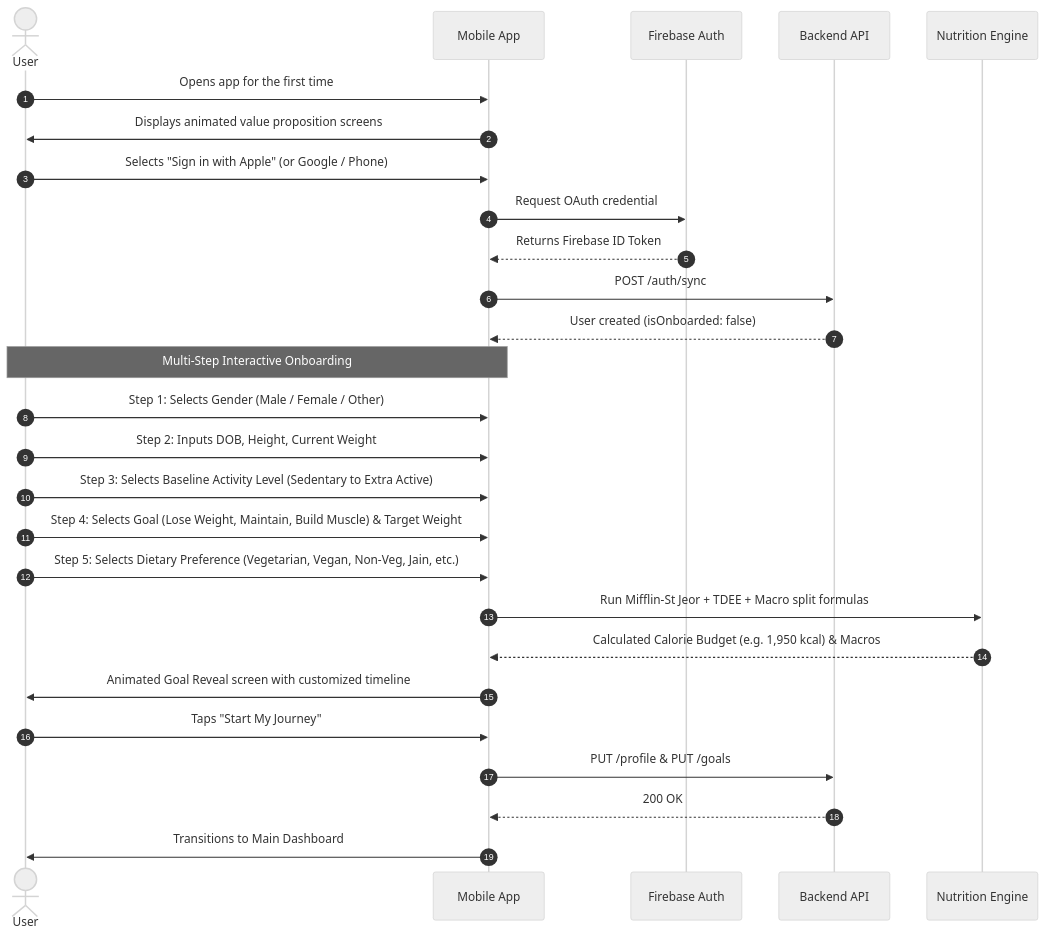
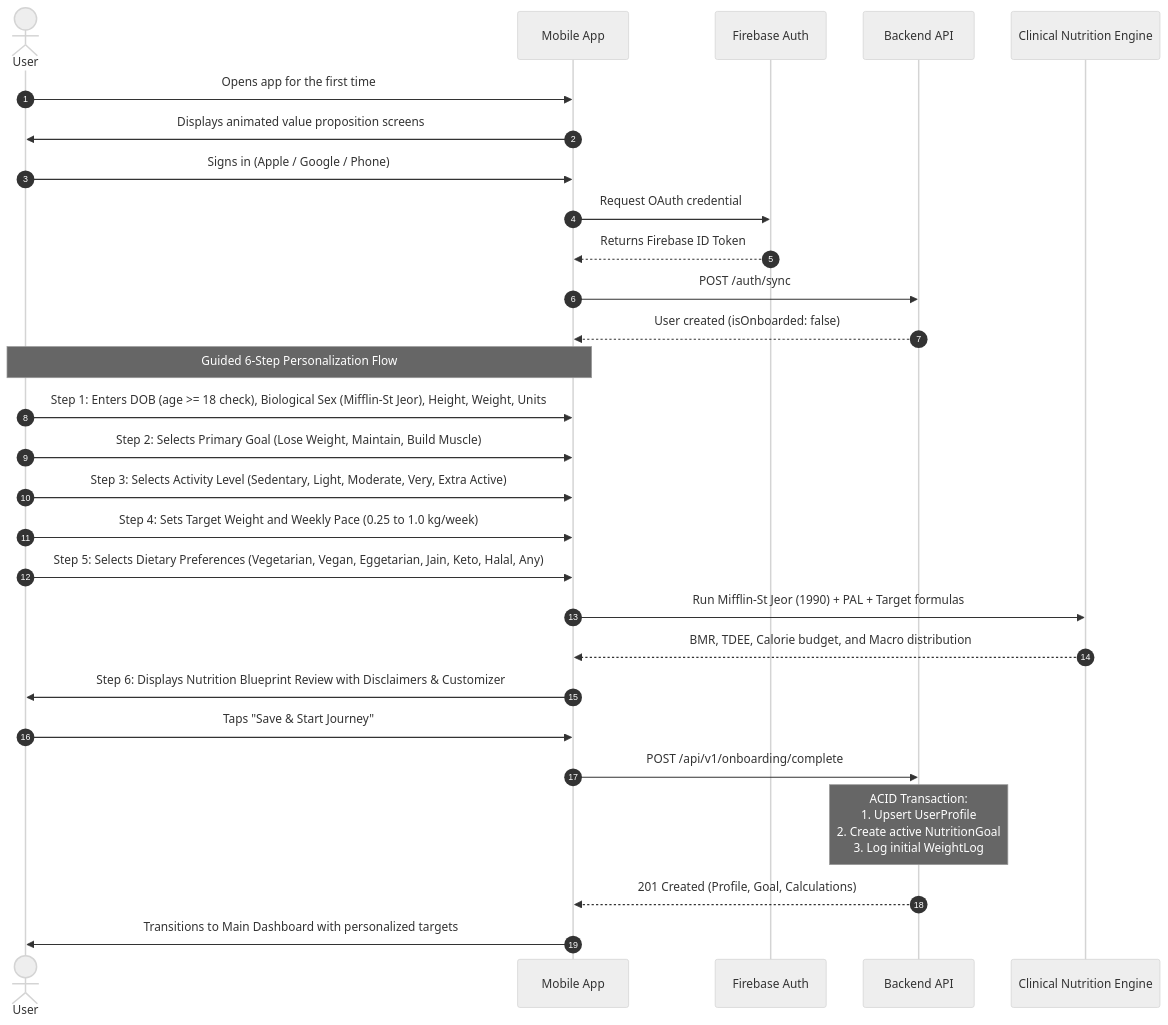
Before and after one commit to badal484/CAL-METER: the second of 7 diagrams in docs/USER_FLOWS.md, drawn with Mermaid (neutral theme). The commit also changed other lines of this file and 30 other files, not shown here.

````diff
--- a/docs/USER_FLOWS.md
+++ b/docs/USER_FLOWS.md
@@ -26,32 +26,33 @@
 ```mermaid
 sequenceDiagram
     autonumber
     actor User as User
     participant App as Mobile App
     participant Auth as Firebase Auth
     participant API as Backend API
-    participant Engine as Nutrition Engine
+    participant Engine as Clinical Nutrition Engine
 
     User->>App: Opens app for the first time
     App->>User: Displays animated value proposition screens
-    User->>App: Selects "Sign in with Apple" (or Google / Phone)
+    User->>App: Signs in (Apple / Google / Phone)
     App->>Auth: Request OAuth credential
     Auth-->>App: Returns Firebase ID Token
     App->>API: POST /auth/sync
     API-->>App: User created (isOnboarded: false)
 
-    Note over User,App: Multi-Step Interactive Onboarding
-    User->>App: Step 1: Selects Gender (Male / Female / Other)
-    User->>App: Step 2: Inputs DOB, Height, Current Weight
-    User->>App: Step 3: Selects Baseline Activity Level (Sedentary to Extra Active)
-    User->>App: Step 4: Selects Goal (Lose Weight, Maintain, Build Muscle) & Target Weight
-    User->>App: Step 5: Selects Dietary Preference (Vegetarian, Vegan, Non-Veg, Jain, etc.)
+    Note over User,App: Guided 6-Step Personalization Flow
+    User->>App: Step 1: Enters DOB (age >= 18 check), Biological Sex (Mifflin-St Jeor), Height, Weight, Units
+    User->>App: Step 2: Selects Primary Goal (Lose Weight, Maintain, Build Muscle)
+    User->>App: Step 3: Selects Activity Level (Sedentary, Light, Moderate, Very, Extra Active)
+    User->>App: Step 4: Sets Target Weight and Weekly Pace (0.25 to 1.0 kg/week)
+    User->>App: Step 5: Selects Dietary Preferences (Vegetarian, Vegan, Eggetarian, Jain, Keto, Halal, Any)
 
-    App->>Engine: Run Mifflin-St Jeor + TDEE + Macro split formulas
-    Engine-->>App: Calculated Calorie Budget (e.g. 1,950 kcal) & Macros
-    App->>User: Animated Goal Reveal screen with customized timeline
-    User->>App: Taps "Start My Journey"
-    App->>API: PUT /profile & PUT /goals
-    API-->>App: 200 OK
-    App->>User: Transitions to Main Dashboard
+    App->>Engine: Run Mifflin-St Jeor (1990) + PAL + Target formulas
+    Engine-->>App: BMR, TDEE, Calorie budget, and Macro distribution
+    App->>User: Step 6: Displays Nutrition Blueprint Review with Disclaimers & Customizer
+    User->>App: Taps "Save & Start Journey"
+    App->>API: POST /api/v1/onboarding/complete
+    Note over API: ACID Transaction:<br/>1. Upsert UserProfile<br/>2. Create active NutritionGoal<br/>3. Log initial WeightLog
+    API-->>App: 201 Created (Profile, Goal, Calculations)
+    App->>User: Transitions to Main Dashboard with personalized targets
 ```
````
